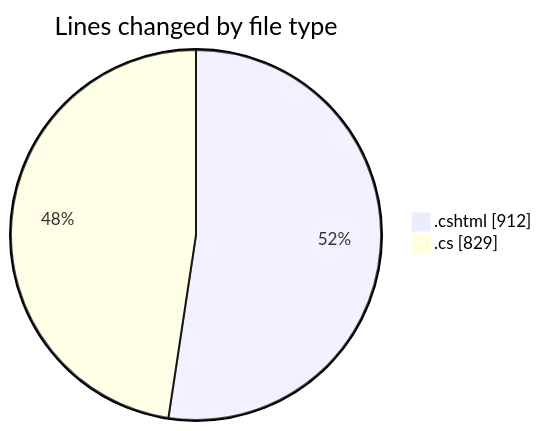
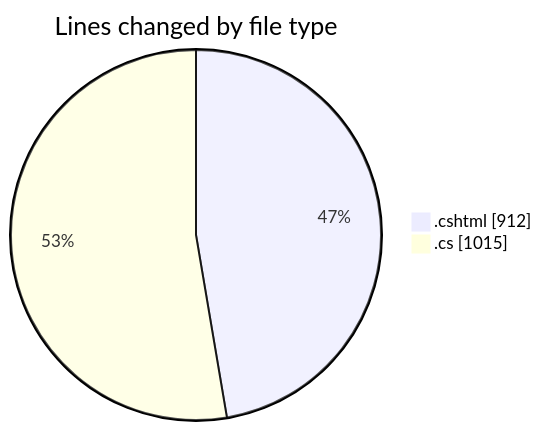
Before and after one commit to lephambinh05/code-tracking: the first of 2 diagrams in 2025-07-17/nhahang/README.md, drawn with Mermaid. The commit also changed other lines of this file and 1 other file, not shown here.

````diff
--- a/2025-07-17/nhahang/README.md
+++ b/2025-07-17/nhahang/README.md
@@ -48,6 +49,6 @@
 ```mermaid
 pie showData
 title Lines changed by file type
 ".cshtml" : 912
-".cs" : 829
+".cs" : 1015
 ```
````
